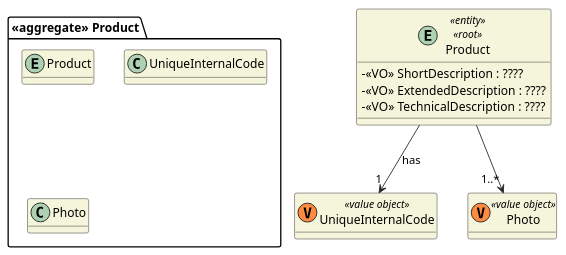
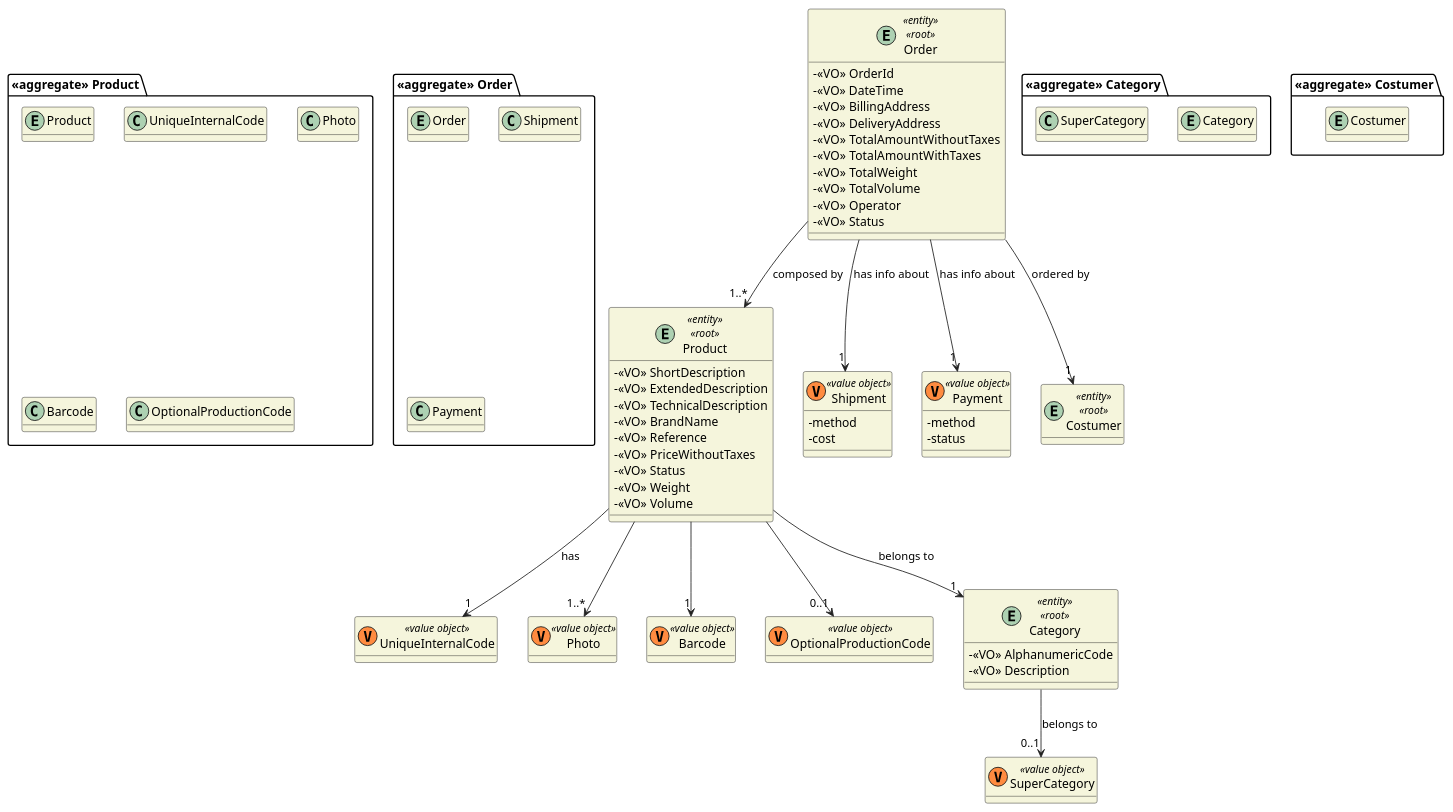
Before and after one commit to ana-albergaria/LAPR4-ISEP: the diagram in docs/SprintA/DM.puml, drawn with PlantUML. The commit also changed 1 other file, not shown here.

```diff
--- a/docs/SprintA/DM.puml
+++ b/docs/SprintA/DM.puml
@@ -1,36 +1,109 @@
 @startuml
 
 skinparam classAttributeIconSize 0
 hide empty attributes
 skinparam classBackgroundColor beige
 skinparam ArrowColor #222222
 
+/'Value Objects represented by C'/
+/'class UniqueInternalCode <<value object >>
+class Photo <<value object >>'/
+
 package "<<aggregate>> Product" {
     entity Product
     class UniqueInternalCode
     class Photo
+    class Barcode
+    class OptionalProductionCode
 }
+
+package "<<aggregate>> Category" {
+    entity Category
+    class SuperCategory
+}
+
+package "<<aggregate>> Order" {
+    entity Order
+    class Shipment
+    class Payment
+}
+
+package "<<aggregate>> Costumer" {
+    entity Costumer
+}
+
+
+
+entity Product <<entity>> <<root>> {
+    -<<VO>> ShortDescription
+    -<<VO>> ExtendedDescription
+    -<<VO>> TechnicalDescription
+    -<<VO>> BrandName
+    -<<VO>> Reference
+    -<<VO>> PriceWithoutTaxes
+    -<<VO>> Status /'Available, Temporarily Unavailable, Unavailable'/
+    -<<VO>> Weight
+    -<<VO>> Volume
+}
+
+class UniqueInternalCode <<(V,#FF8B40) value object>>
+class Photo <<(V,#FF8B40) value object>>
+class Barcode <<(V,#FF8B40) value object>>
+class OptionalProductionCode <<(V,#FF8B40) value object>>
+
+
+entity Category <<entity>> <<root>> {
+    -<<VO>> AlphanumericCode
+    -<<VO>> Description
+}
+
+class SuperCategory <<(V,#FF8B40) value object>>
+
+
+entity Order <<entity>> <<root>> {
+    -<<VO>> OrderId /'automatically generated'/
+    -<<VO>> DateTime /'automatically generated na hora do registo do sistema'/
+    -<<VO>> BillingAddress
+    -<<VO>> DeliveryAddress
+    -<<VO>> TotalAmountWithoutTaxes
+    -<<VO>> TotalAmountWithTaxes
+    -<<VO>> TotalWeight
+    -<<VO>> TotalVolume
+    -<<VO>> Operator
+    -<<VO>> Status /'(CONFIRM WITH CLIENT: registered, payment pending, being prepared on the warehouse, dispatched, delivered by carrier, received by customer)'/
+}
+
+/'Representa-se atributos de value objects?'/
+class Shipment <<(V,#FF8B40) value object>> {
+    -method
+    -cost
+}
+
+class Payment <<(V,#FF8B40) value object>> {
+    -method
+    -status
+}
+
+entity Costumer <<entity>> <<root>> {}
+
+Product --> "1" UniqueInternalCode : has
+Product --> "1..*" Photo
+Product --> "1" Barcode
+Product --> "0..1" OptionalProductionCode
+Product --> "1" Category : belongs to
+
+Category --> "0..1" SuperCategory : belongs to
+
+Order --> "1" Costumer : ordered by
+Order --> "1..*" Product : composed by
+Order --> "1" Shipment : has info about
+Order --> "1" Payment : has info about
 
 
 
 
 
-entity Product <<entity>> <<root>> {
-    -<<VO>> ShortDescription : ????
-    -<<VO>> ExtendedDescription : ????
-    -<<VO>> TechnicalDescription : ????
-
-}
-
-
-
-
-class UniqueInternalCode << (V,#FF8B40) value object >>
-class Photo << (V,#FF8B40) value object >>
-
-Product --> "1" UniqueInternalCode : has
-Product --> "1..*" Photo
 
 
 
 @enduml
```
